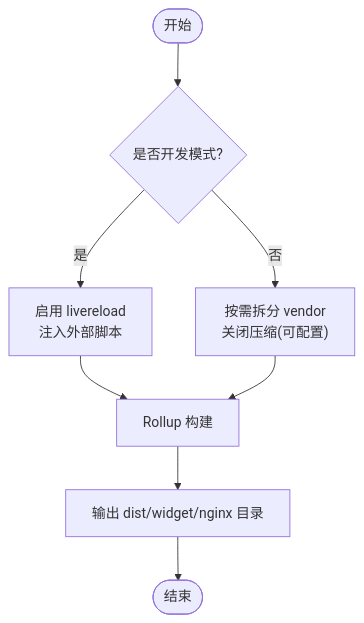
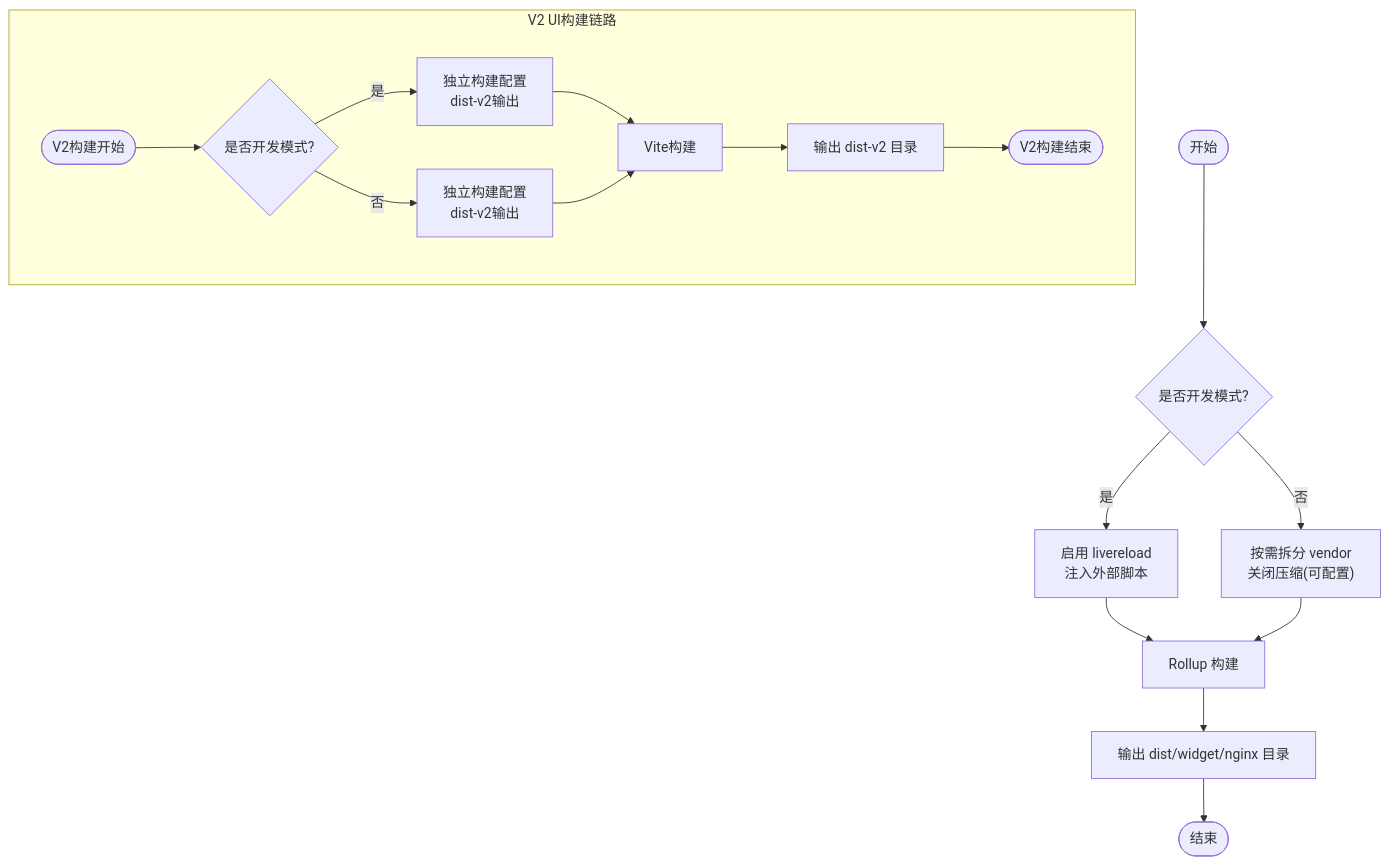
The fifth of 8 diagrams in .qoder/repowiki/zh/content/核心架构/整体架构设计.md (terwer/siyuan-plugin-publisher), drawn with Mermaid before and after one commit. The commit also changed other lines of this file and 18 other files, not shown here.

First line of the commit message:
docs(core-architecture): add detailed Composition API design patterns document

````diff
--- a/.qoder/repowiki/zh/content/核心架构/整体架构设计.md
+++ b/.qoder/repowiki/zh/content/核心架构/整体架构设计.md
@@ -243,10 +356,19 @@
 ```mermaid
 flowchart TD
 Start(["开始"]) --> Dev{"是否开发模式?"}
 Dev --> |是| DevCfg["启用 livereload<br/>注入外部脚本"]
 Dev --> |否| ProdCfg["按需拆分 vendor<br/>关闭压缩(可配置)"]
 DevCfg --> Build["Rollup 构建"]
 ProdCfg --> Build
 Build --> Out["输出 dist/widget/nginx 目录"]
 Out --> End(["结束"])
+subgraph "V2 UI构建链路"
+V2Start(["V2构建开始"]) --> V2Dev{"是否开发模式?"}
+V2Dev --> |是| V2DevCfg["独立构建配置<br/>dist-v2输出"]
+V2Dev --> |否| V2ProdCfg["独立构建配置<br/>dist-v2输出"]
+V2DevCfg --> V2Build["Vite构建"]
+V2ProdCfg --> V2Build
+V2Build --> V2Out["输出 dist-v2 目录"]
+V2Out --> V2End(["V2构建结束"])
+end
 ```
````
